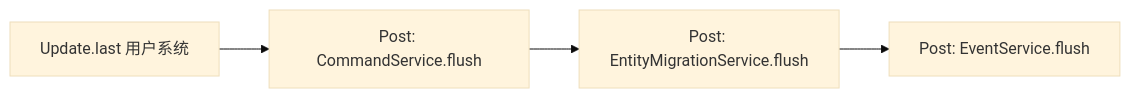
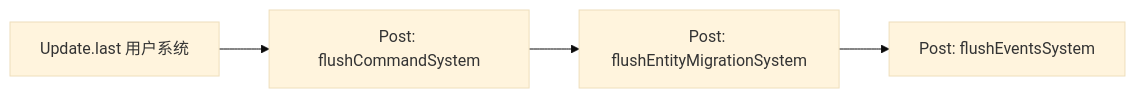
The eighth of 12 diagrams in docs/architecture.md (465089258/zero-ecs), drawn with Mermaid (base theme) before and after one commit. The commit also changed other lines of this file and 122 other files, not shown here.

````diff
--- a/docs/architecture.md
+++ b/docs/architecture.md
@@ -200,6 +204,6 @@
 ```mermaid
 flowchart LR
-    UserLast["Update.last 用户系统"] --> GenericFlush["Post: CommandService.flush"]
-    GenericFlush --> MigrationFlush["Post: EntityMigrationService.flush"]
-    MigrationFlush --> EventFlush["Post: EventService.flush"]
+    UserLast["Update.last 用户系统"] --> GenericFlush["Post: flushCommandSystem"]
+    GenericFlush --> MigrationFlush["Post: flushEntityMigrationSystem"]
+    MigrationFlush --> EventFlush["Post: flushEventsSystem"]
 ```
````
